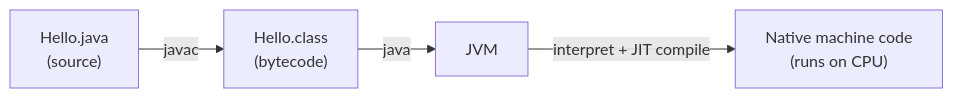
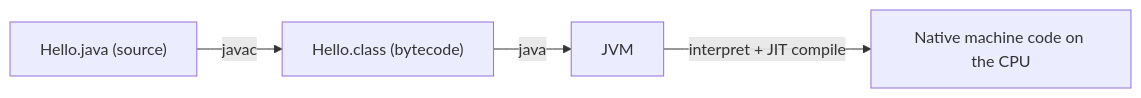
Before and after one commit to mohammad-mriesh-job/cortex: the diagram in src/modules/java/content/01-getting-started/01-what-is-java.md, drawn with Mermaid. The commit also changed other lines of this file and 257 other files, not shown here.

````diff
--- a/src/modules/java/content/01-getting-started/01-what-is-java.md
+++ b/src/modules/java/content/01-getting-started/01-what-is-java.md
@@ -34,6 +34,6 @@
 ```mermaid
 flowchart LR
-    A["Hello.java<br/>(source)"] -->|javac| B["Hello.class<br/>(bytecode)"]
+    A["Hello.java (source)"] -->|javac| B["Hello.class (bytecode)"]
     B -->|java| C[JVM]
-    C -->|interpret + JIT compile| D["Native machine code<br/>(runs on CPU)"]
+    C -->|"interpret + JIT compile"| D["Native machine code on the CPU"]
 ```
````
